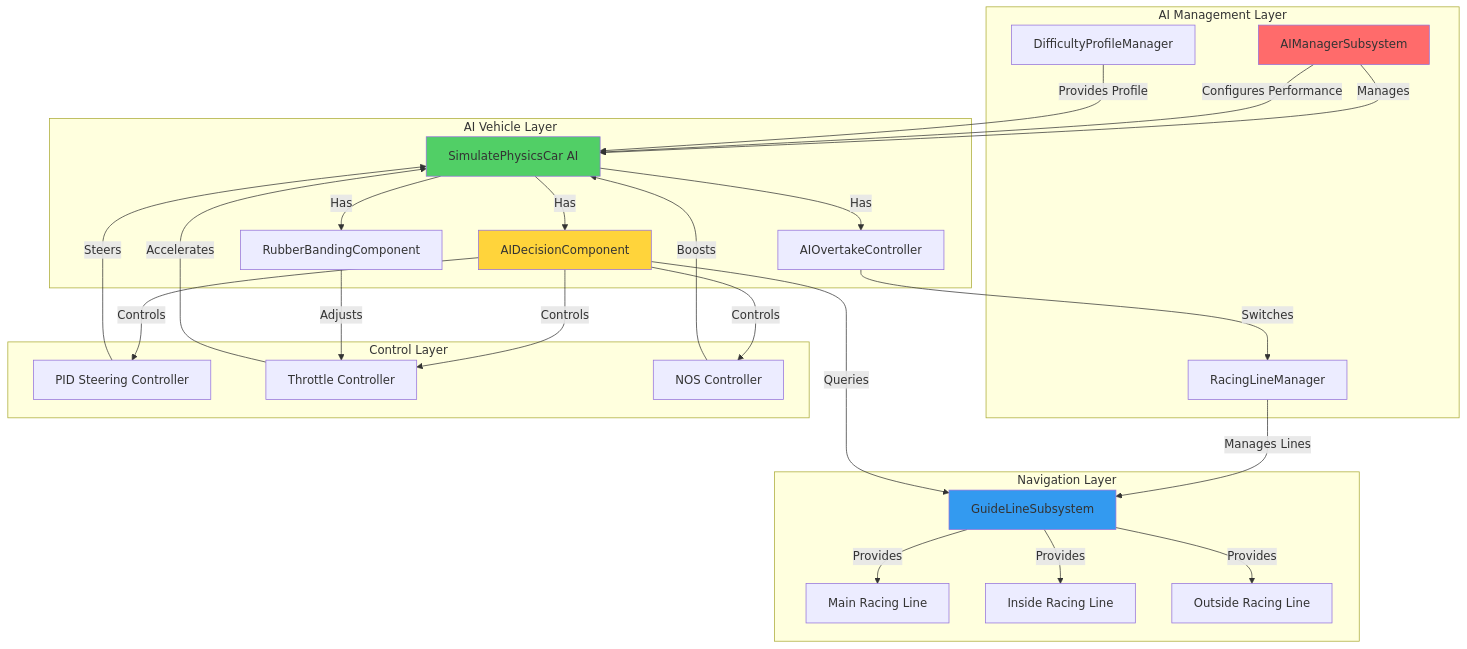
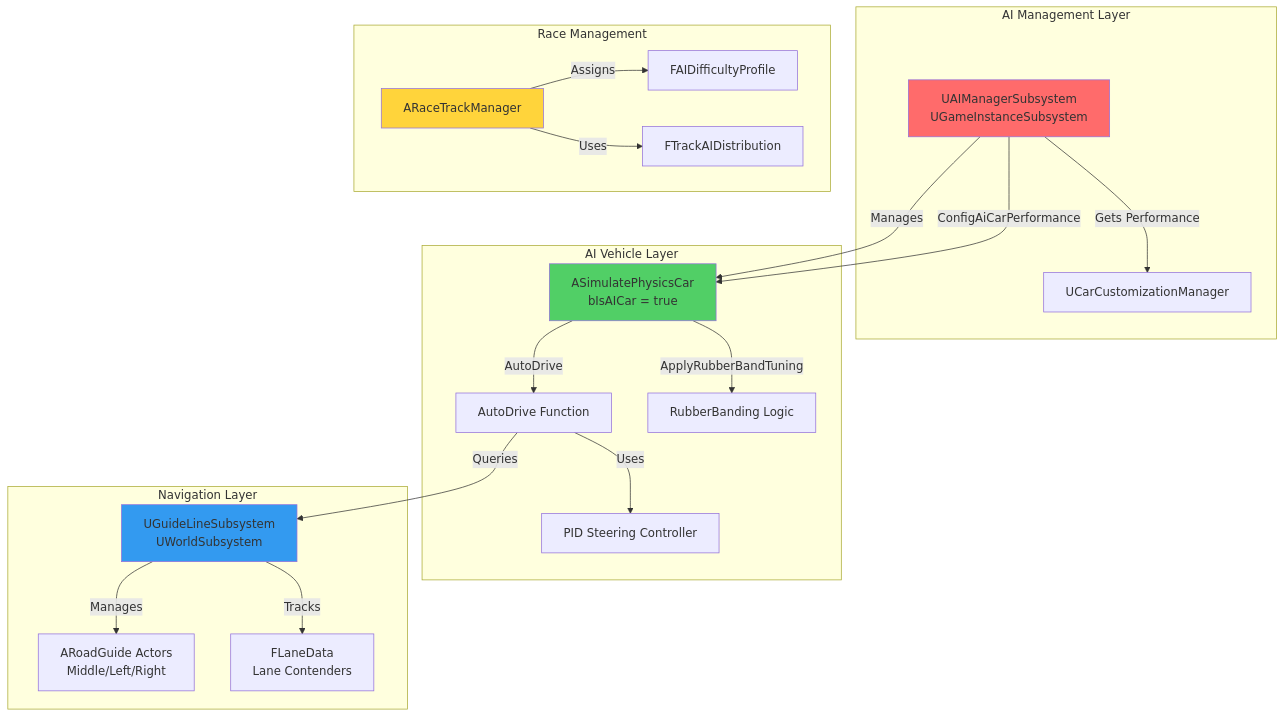
The first of 4 diagrams in Docs/features/racer-ai/design/racer-ai-architecture.md (Click-Game-Studio/VNRacing), drawn with Mermaid before and after one commit. The commit also changed other lines of this file and 143 other files, not shown here.

````diff
--- a/Docs/features/racer-ai/design/racer-ai-architecture.md
+++ b/Docs/features/racer-ai/design/racer-ai-architecture.md
@@ -27,58 +48,46 @@
 ```mermaid
 graph TB
     subgraph "AI Management Layer"
-        AIMgr[AIManagerSubsystem]
-        RLMgr[RacingLineManager]
-        DiffMgr[DifficultyProfileManager]
+        AIMgr[UAIManagerSubsystem<br/>UGameInstanceSubsystem]
+        CarCustomMgr[UCarCustomizationManager]
     end
 
     subgraph "AI Vehicle Layer"
-        AICar[SimulatePhysicsCar AI]
-        DecisionComp[AIDecisionComponent]
-        OvertakeCtrl[AIOvertakeController]
-        RubberBand[RubberBandingComponent]
+        AICar[ASimulatePhysicsCar<br/>bIsAICar = true]
+        AutoDrive[AutoDrive Function]
+        PIDCtrl[PID Steering Controller]
+        RubberBand[RubberBanding Logic]
     end
 
     subgraph "Navigation Layer"
-        GuideLine[GuideLineSubsystem]
-        MainLine[Main Racing Line]
-        InsideLine[Inside Racing Line]
-        OutsideLine[Outside Racing Line]
+        GuideLine[UGuideLineSubsystem<br/>UWorldSubsystem]
+        RoadGuide[ARoadGuide Actors<br/>Middle/Left/Right]
+        LaneData[FLaneData<br/>Lane Contenders]
     end
 
-    subgraph "Control Layer"
-        PIDCtrl[PID Steering Controller]
-        ThrottleCtrl[Throttle Controller]
-        NOSCtrl[NOS Controller]
+    subgraph "Race Management"
+        RaceTrack[ARaceTrackManager]
+        DiffProfile[FAIDifficultyProfile]
+        AIDistrib[FTrackAIDistribution]
     end
 
     AIMgr -->|Manages| AICar
-    AIMgr -->|Configures Performance| AICar
-    DiffMgr -->|Provides Profile| AICar
-    RLMgr -->|Manages Lines| GuideLine
+    AIMgr -->|Gets Performance| CarCustomMgr
+    AIMgr -->|ConfigAiCarPerformance| AICar
 
-    AICar -->|Has| DecisionComp
-    AICar -->|Has| OvertakeCtrl
-    AICar -->|Has| RubberBand
+    AICar -->|AutoDrive| AutoDrive
+    AutoDrive -->|Queries| GuideLine
+    AutoDrive -->|Uses| PIDCtrl
+    AICar -->|ApplyRubberBandTuning| RubberBand
 
-    DecisionComp -->|Queries| GuideLine
-    DecisionComp -->|Controls| PIDCtrl
-    DecisionComp -->|Controls| ThrottleCtrl
-    DecisionComp -->|Controls| NOSCtrl
+    GuideLine -->|Manages| RoadGuide
+    GuideLine -->|Tracks| LaneData
 
-    OvertakeCtrl -->|Switches| RLMgr
-    RubberBand -->|Adjusts| ThrottleCtrl
-
-    GuideLine -->|Provides| MainLine
-    GuideLine -->|Provides| InsideLine
-    GuideLine -->|Provides| OutsideLine
-
-    PIDCtrl -->|Steers| AICar
-    ThrottleCtrl -->|Accelerates| AICar
-    NOSCtrl -->|Boosts| AICar
+    RaceTrack -->|Assigns| DiffProfile
+    RaceTrack -->|Uses| AIDistrib
 
     style AIMgr fill:#ff6b6b
     style AICar fill:#51cf66
     style GuideLine fill:#339af0
-    style DecisionComp fill:#ffd43b
+    style RaceTrack fill:#ffd43b
 ```
````
